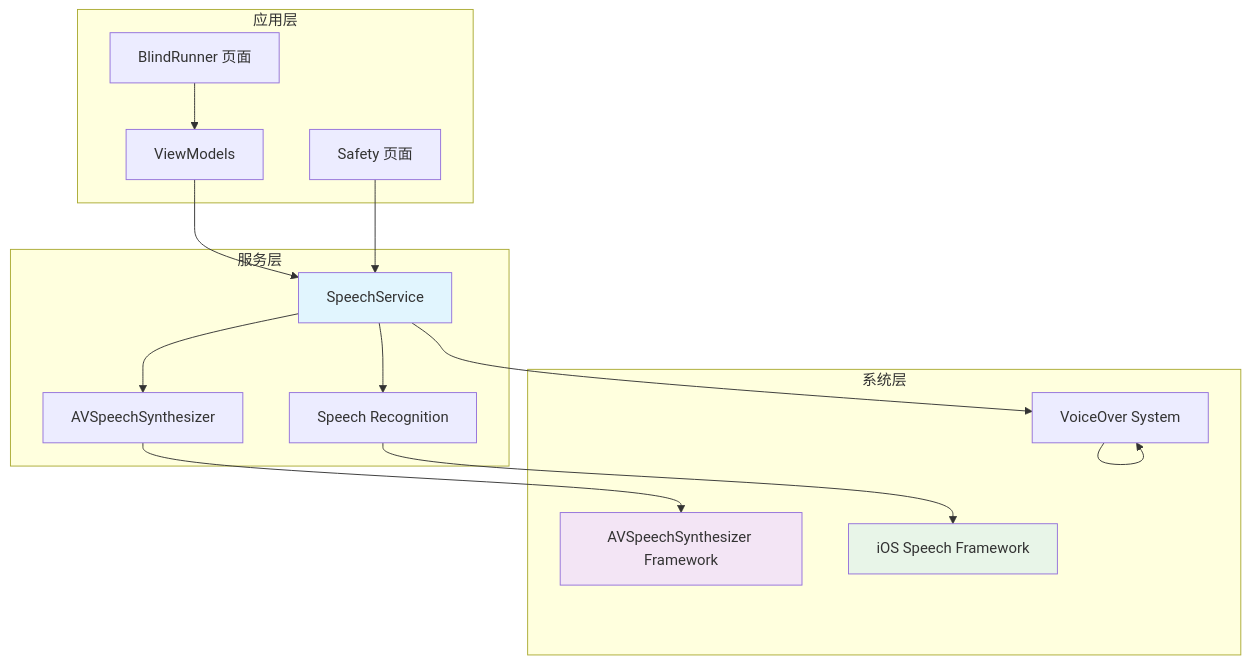
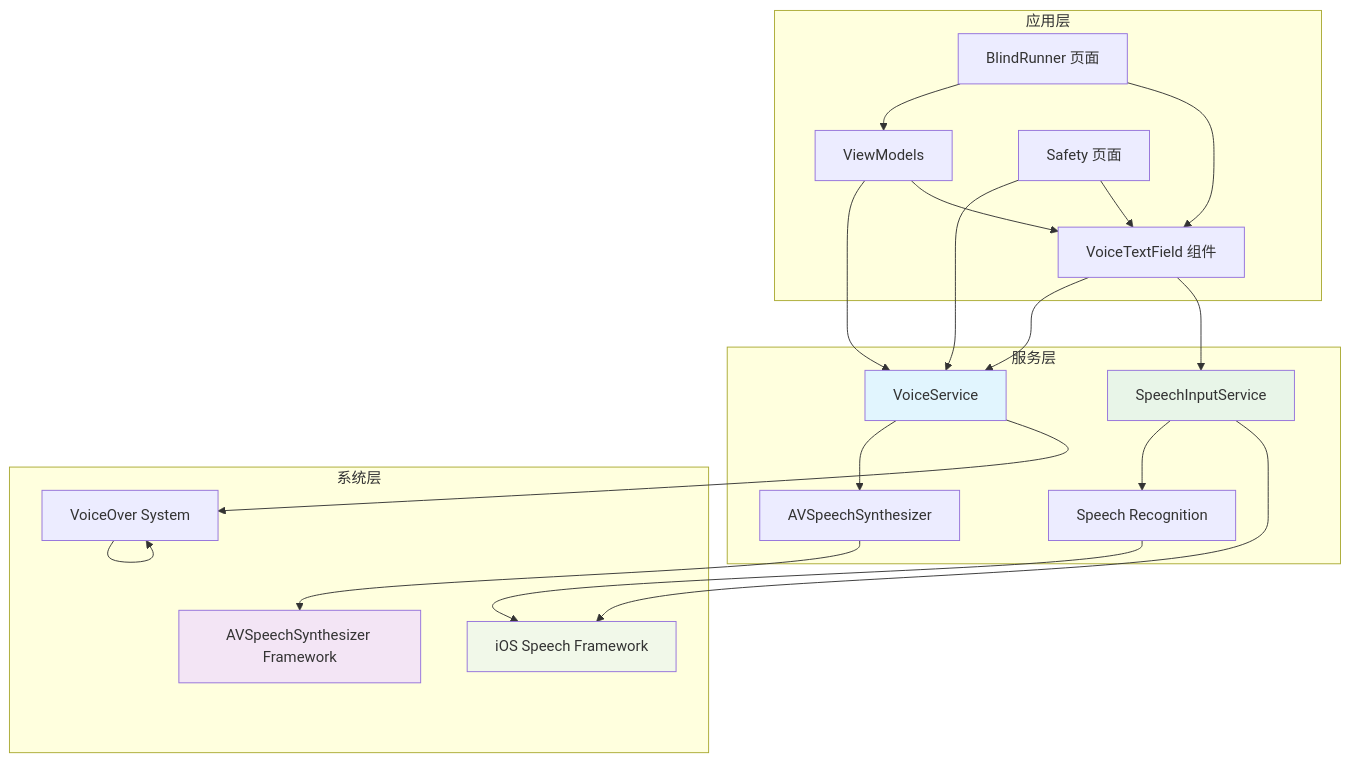
One commit to Jayden23018/blind-run-ios changed the second of 11 diagrams in .qoder/repowiki/zh/content/架构设计/模块化架构设计/Voice 语音模块.md. Above: the diagram before and after it, drawn with Mermaid. The commit also changed other lines of this file and 5 other files, not shown here.

````diff
--- a/.qoder/repowiki/zh/content/架构设计/模块化架构设计/Voice 语音模块.md
+++ b/.qoder/repowiki/zh/content/架构设计/模块化架构设计/Voice 语音模块.md
@@ -129,30 +159,39 @@
 ```mermaid
 graph TD
 subgraph "应用层"
 BR[BlindRunner 页面]
 VM[ViewModels]
 SAF[Safety 页面]
+VTF[VoiceTextField 组件]
 end
 subgraph "服务层"
-SS[SpeechService]
+VS[VoiceService]
+SIS[SpeechInputService]
 TTS[AVSpeechSynthesizer]
 SI[Speech Recognition]
 end
 subgraph "系统层"
 AVS[AVSpeechSynthesizer Framework]
 SPEECH[iOS Speech Framework]
 VO[VoiceOver System]
 end
 BR --> VM
-VM --> SS
-SAF --> SS
-SS --> TTS
-SS --> SI
-SS --> VO
+VM --> VS
+SAF --> VS
+VTF --> VS
+VTF --> SIS
+BR --> VTF
+VM --> VTF
+SAF --> VTF
+VS --> TTS
+SIS --> SI
+VS --> VO
+SIS --> SPEECH
 TTS --> AVS
 SI --> SPEECH
 VO --> VO
-style SS fill:#e1f5fe
+style VS fill:#e1f5fe
+style SIS fill:#e8f5e8
 style AVS fill:#f3e5f5
-style SPEECH fill:#e8f5e8
+style SPEECH fill:#f1f8e9
 ```
````
